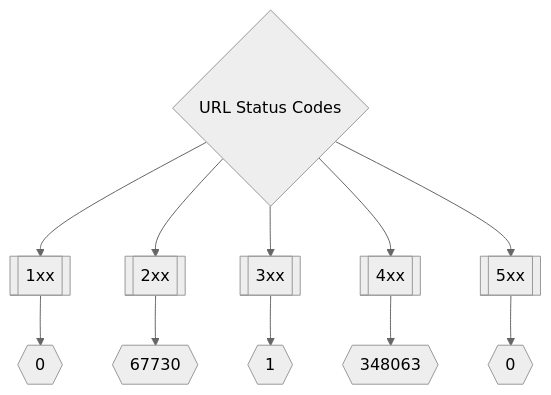
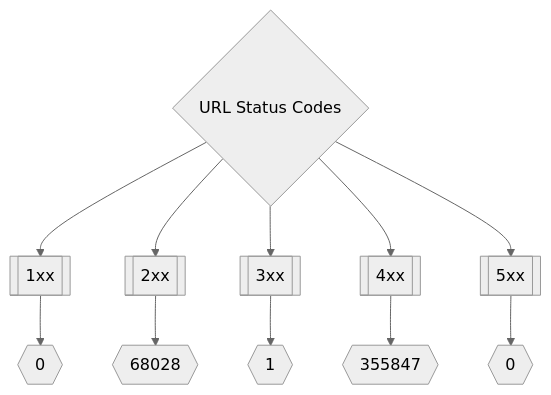
The second of 3 diagrams in README.md (trickest/inventory), drawn with Mermaid (neutral theme) before and after one commit. The commit also changed other lines of this file, not shown here.

Commit message:
Update Tue Apr 26 14:05:56 UTC 2022

````diff
--- a/README.md
+++ b/README.md
@@ -173,8 +173,8 @@
 ```mermaid
 graph TD
 title{URL Status Codes} --> 1xx[[1xx]] --> status1xxNum{{0}}
-title --> 2xx[[2xx]] --> status2xxNum{{67730}}
+title --> 2xx[[2xx]] --> status2xxNum{{68028}}
 title --> 3xx[[3xx]] --> status3xxNum{{1}}
-title --> 4xx[[4xx]] --> status4xxNum{{348063}}
+title --> 4xx[[4xx]] --> status4xxNum{{355847}}
 title --> 5xx[[5xx]] --> status5xxNum{{0}}
 ```
````
